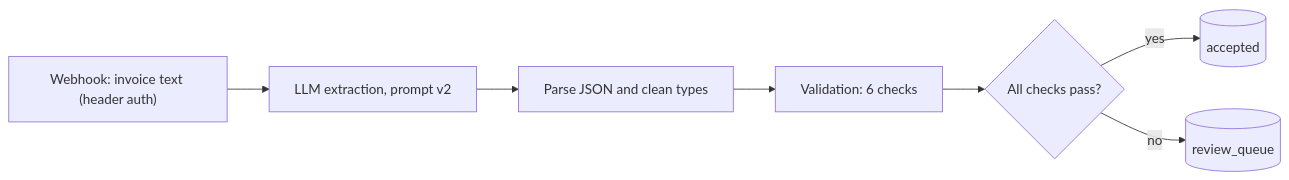
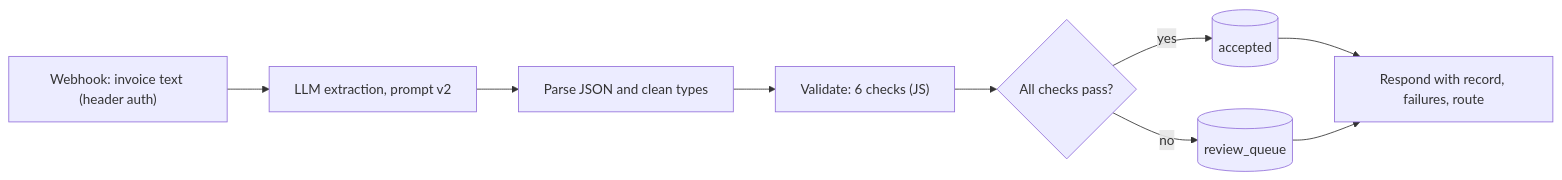
One commit to filipdobrzykowski/ai-automation-portfolio changed the diagram in projects/n8n-invoice-intake/README.md. Above: the diagram before and after it, drawn with Mermaid. The commit also changed other lines of this file and 4 other files, not shown here.

````diff
--- a/projects/n8n-invoice-intake/README.md
+++ b/projects/n8n-invoice-intake/README.md
@@ -14,9 +14,11 @@
 ```mermaid
 flowchart LR
   A["Webhook: invoice text (header auth)"] --> B["LLM extraction, prompt v2"]
   B --> C["Parse JSON and clean types"]
-  C --> D["Validation: 6 checks"]
+  C --> D["Validate: 6 checks (JS)"]
   D --> E{"All checks pass?"}
   E -- yes --> F[("accepted")]
   E -- no --> G[("review_queue")]
+  F --> R["Respond with record, failures, route"]
+  G --> R
 ```
````
